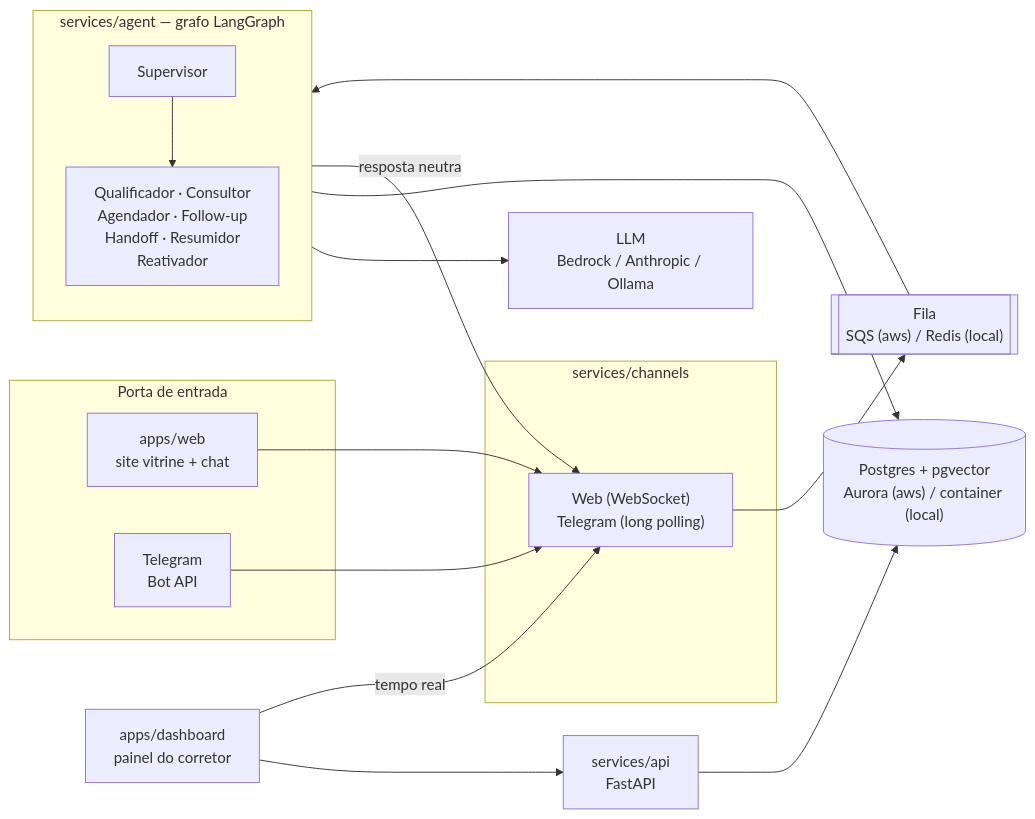
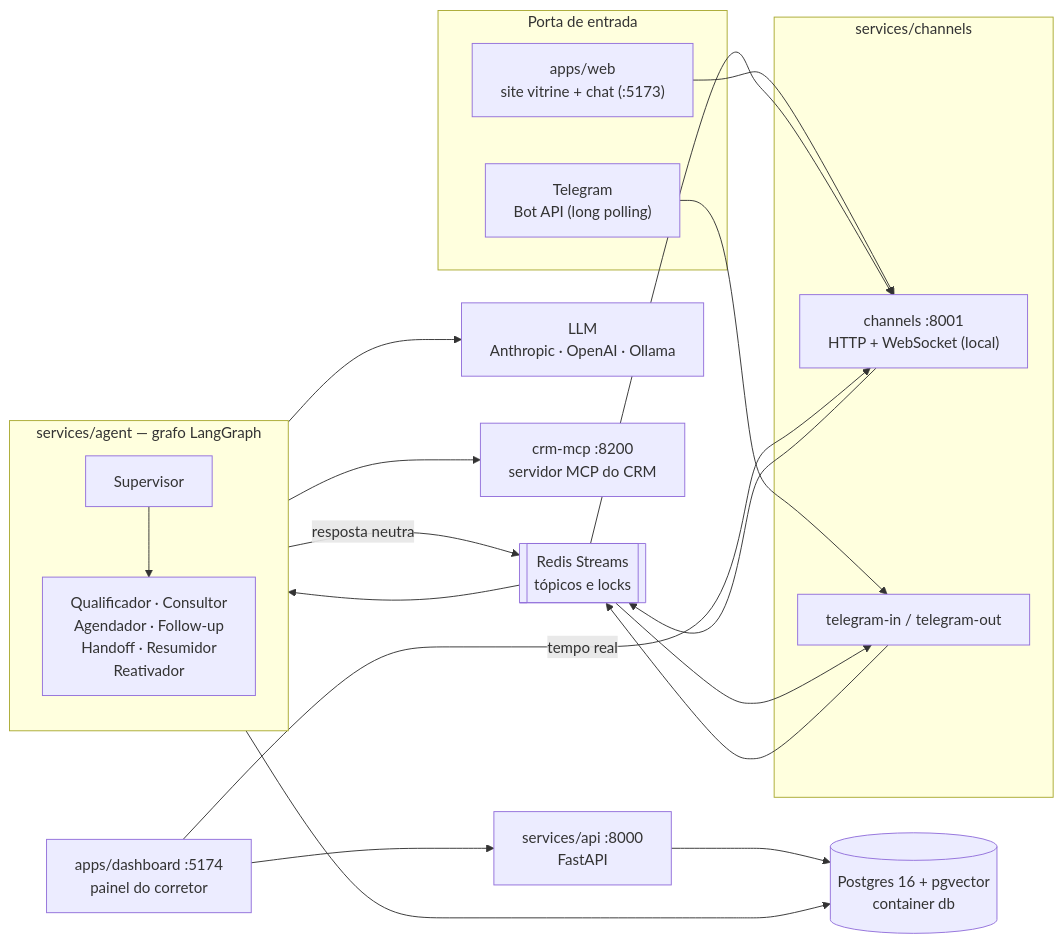
The first of 4 diagrams in README.md (marcosvrc/agent-sdr-imoveis-mora), drawn with Mermaid before and after one commit. The commit also changed other lines of this file and 188 other files, not shown here.

First line of the commit message:
Telegram como único canal externo e a entrega inteira local

````diff
--- a/README.md
+++ b/README.md
@@ -188,34 +190,41 @@
 ```mermaid
 flowchart LR
   subgraph Entrada["Porta de entrada"]
-    SITE["apps/web<br/>site vitrine + chat"]
-    TG["Telegram<br/>Bot API"]
+    SITE["apps/web<br/>site vitrine + chat (:5173)"]
+    TG["Telegram<br/>Bot API (long polling)"]
   end
 
   subgraph Canais["services/channels"]
-    CH["Web (WebSocket)<br/>Telegram (long polling)"]
+    CH["channels :8001<br/>HTTP + WebSocket (local)"]
+    TGW["telegram-in / telegram-out"]
   end
 
-  Q[["Fila<br/>SQS (aws) / Redis (local)"]]
+  Q[["Redis Streams<br/>tópicos e locks"]]
 
   subgraph Agente["services/agent — grafo LangGraph"]
     SUP["Supervisor"]
     NODES["Qualificador · Consultor<br/>Agendador · Follow-up<br/>Handoff · Resumidor<br/>Reativador"]
     SUP --> NODES
   end
 
-  LLM["LLM<br/>Bedrock / Anthropic / Ollama"]
-  DB[("Postgres + pgvector<br/>Aurora (aws) / container (local)")]
-  API["services/api<br/>FastAPI"]
-  DASH["apps/dashboard<br/>painel do corretor"]
+  LLM["LLM<br/>Anthropic · OpenAI · Ollama"]
+  DB[("Postgres 16 + pgvector<br/>container db")]
+  CRM["crm-mcp :8200<br/>servidor MCP do CRM"]
+  API["services/api :8000<br/>FastAPI"]
+  DASH["apps/dashboard :5174<br/>painel do corretor"]
 
   SITE --> CH
-  TG --> CH
-  CH --> Q --> Agente
+  TG --> TGW
+  CH --> Q
+  TGW --> Q
+  Q --> Agente
   Agente --> LLM
   Agente --> DB
-  Agente -->|resposta neutra| CH
+  Agente --> CRM
+  Agente -->|resposta neutra| Q
+  Q --> CH
+  Q --> TGW
   API --> DB
   DASH --> API
   DASH -->|tempo real| CH
 ```
````
